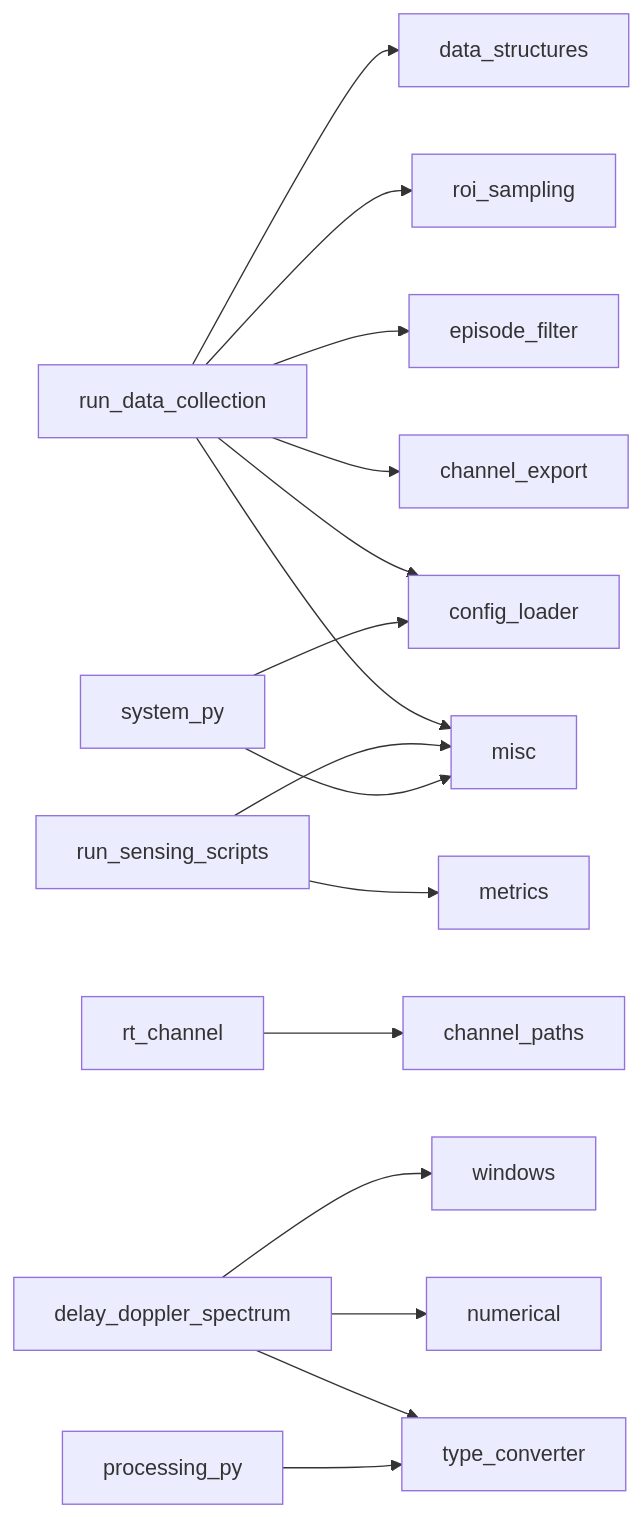
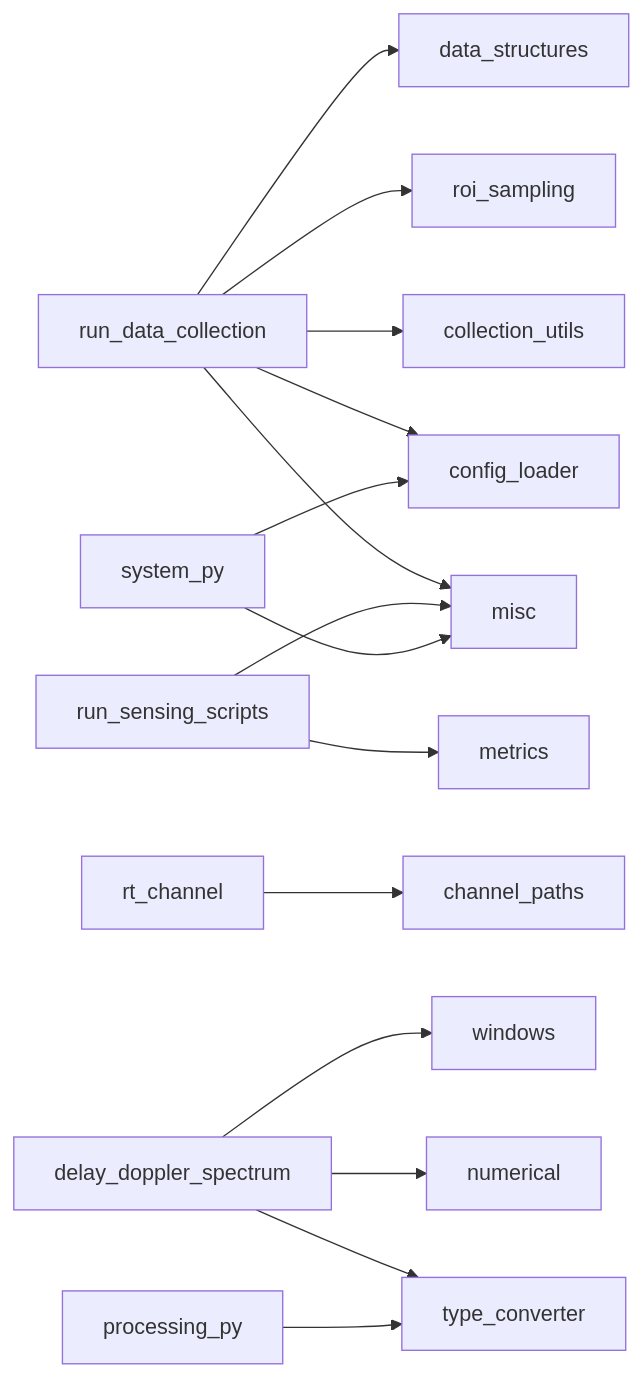
One commit to GitLinhp/isac changed the diagram in docs/utils-functions.md. Above: the diagram before and after it, drawn with Mermaid. The commit also changed 15 other files, not shown here.

````diff
--- a/docs/utils-functions.md
+++ b/docs/utils-functions.md
@@ -74,18 +74,17 @@
 ```mermaid
 flowchart LR
   run_data_collection --> data_structures
   run_data_collection --> roi_sampling
-  run_data_collection --> episode_filter
-  run_data_collection --> channel_export
+  run_data_collection --> collection_utils
   run_data_collection --> config_loader
   run_data_collection --> misc
   run_sensing_scripts --> metrics
   run_sensing_scripts --> misc
   system_py --> config_loader
   system_py --> misc
   rt_channel --> channel_paths
   delay_doppler_spectrum --> windows
   delay_doppler_spectrum --> numerical
   delay_doppler_spectrum --> type_converter
   processing_py --> type_converter
 ```
````
